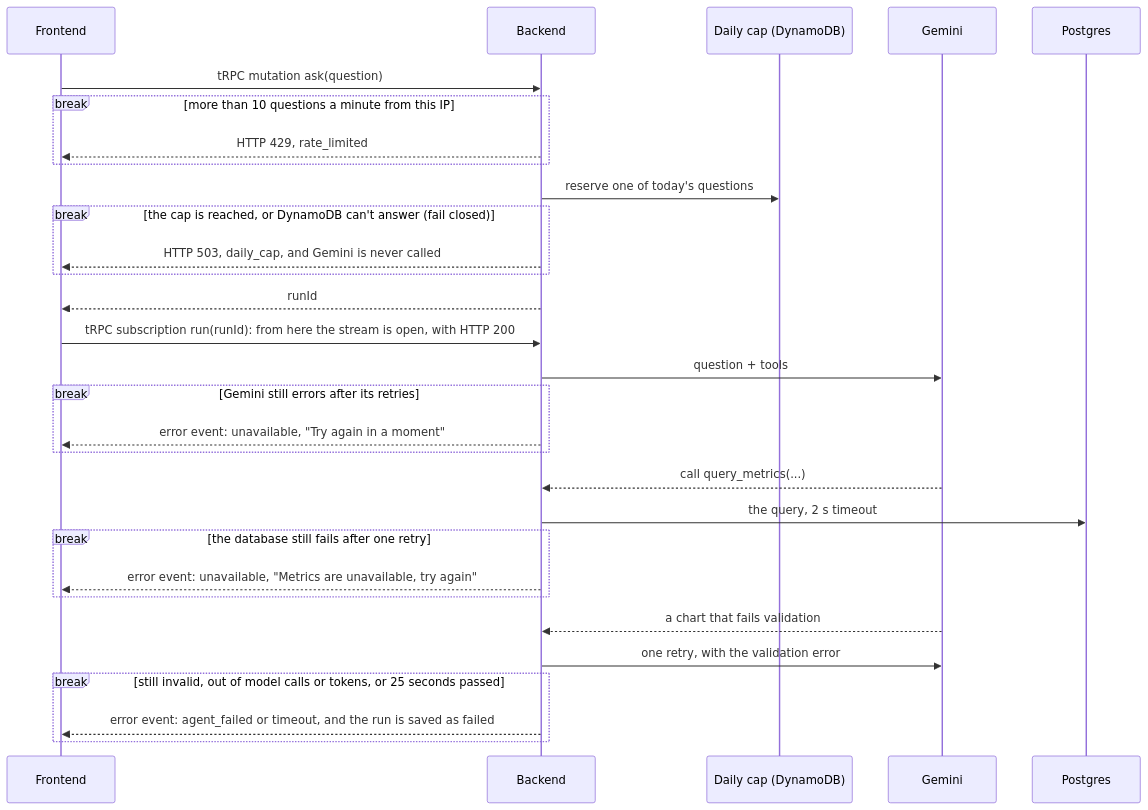
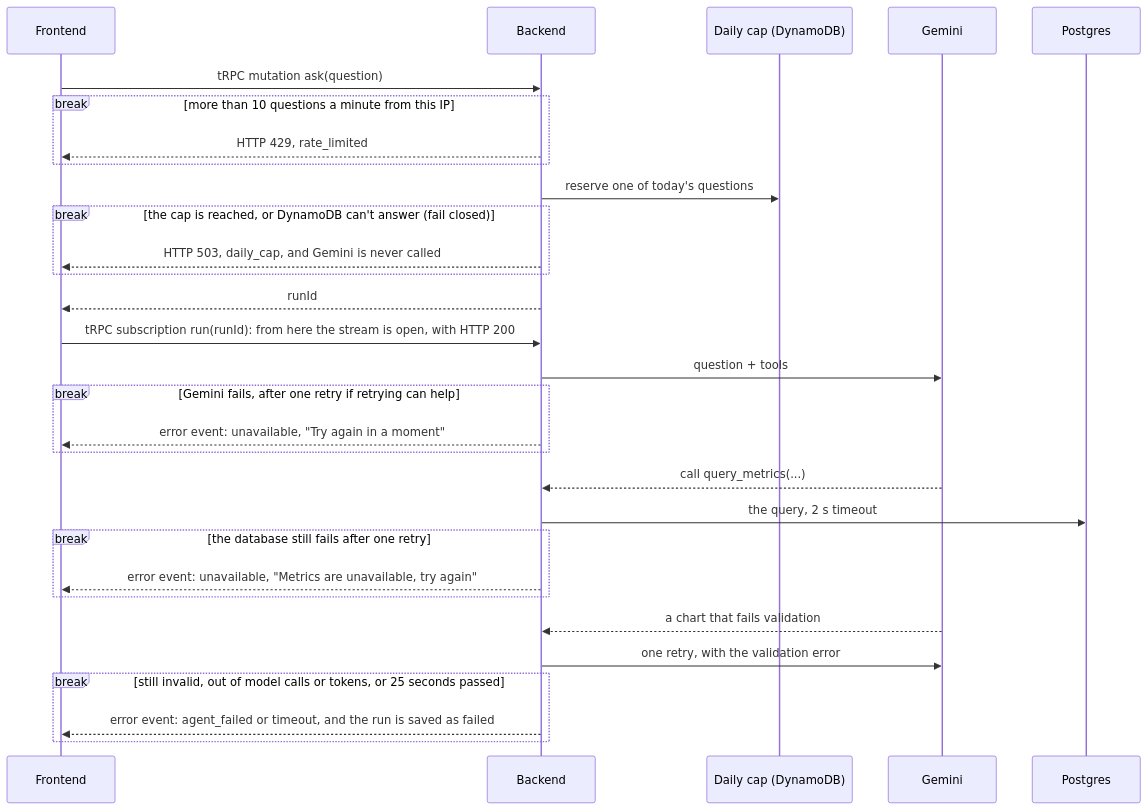
Before and after one commit to vovadyach/dashgen: the fifth of 8 diagrams in docs/design.md, drawn with Mermaid. The commit also changed other lines of this file and 13 other files, not shown here.

````diff
--- a/docs/design.md
+++ b/docs/design.md
@@ -233,33 +233,33 @@
 ```mermaid
 sequenceDiagram
     participant F as Frontend
     participant B as Backend
     participant C as Daily cap (DynamoDB)
     participant LLM as Gemini
     participant DB as Postgres
 
     F->>B: tRPC mutation ask(question)
     break more than 10 questions a minute from this IP
         B-->>F: HTTP 429, rate_limited
     end
     B->>C: reserve one of today's questions
     break the cap is reached, or DynamoDB can't answer (fail closed)
         B-->>F: HTTP 503, daily_cap, and Gemini is never called
     end
     B-->>F: runId
     F->>B: tRPC subscription run(runId): from here the stream is open, with HTTP 200
     B->>LLM: question + tools
-    break Gemini still errors after its retries
+    break Gemini fails, after one retry if retrying can help
         B-->>F: error event: unavailable, "Try again in a moment"
     end
     LLM-->>B: call query_metrics(...)
     B->>DB: the query, 2 s timeout
     break the database still fails after one retry
         B-->>F: error event: unavailable, "Metrics are unavailable, try again"
     end
     LLM-->>B: a chart that fails validation
     B->>LLM: one retry, with the validation error
     break still invalid, out of model calls or tokens, or 25 seconds passed
         B-->>F: error event: agent_failed or timeout, and the run is saved as failed
     end
 ```
````
